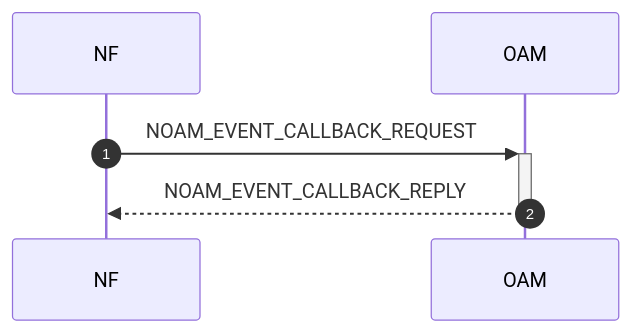
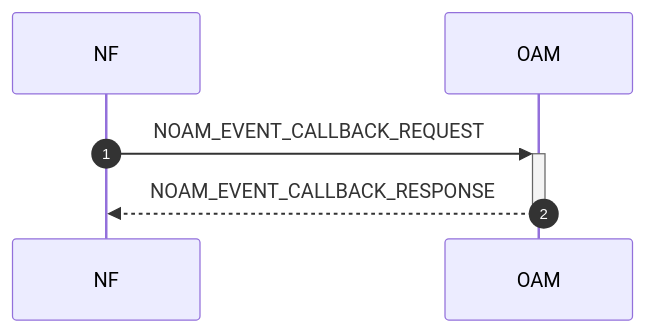
One commit to veil-link/veilink changed diagram 18 of 21 in doc/doc-spec/00-series-general/00.002-procedure.md. Above: the diagram before and after it, drawn with Mermaid. The commit also changed other lines of this file, not shown here.

Commit message:
chore: update reply to response

````diff
--- a/doc/doc-spec/00-series-general/00.002-procedure.md
+++ b/doc/doc-spec/00-series-general/00.002-procedure.md
@@ -397,10 +397,10 @@
 ```mermaid
 sequenceDiagram
     autonumber
 
     participant nf as NF
     participant oam as OAM
 
     nf ->>+ oam: NOAM_EVENT_CALLBACK_REQUEST
-    oam -->>- nf: NOAM_EVENT_CALLBACK_REPLY
+    oam -->>- nf: NOAM_EVENT_CALLBACK_RESPONSE
 ```
````
